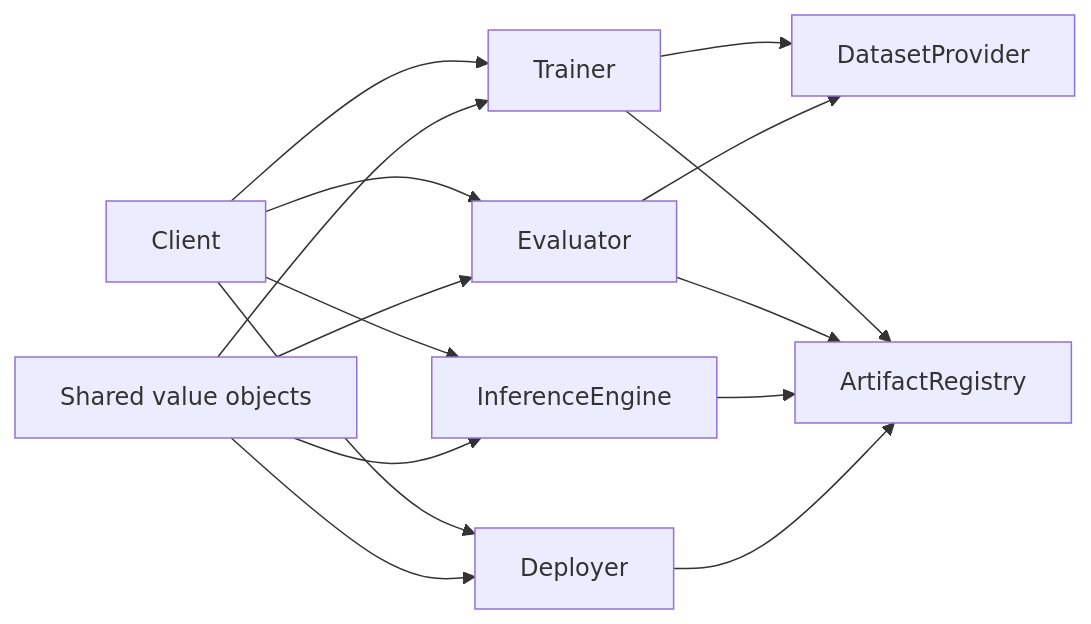
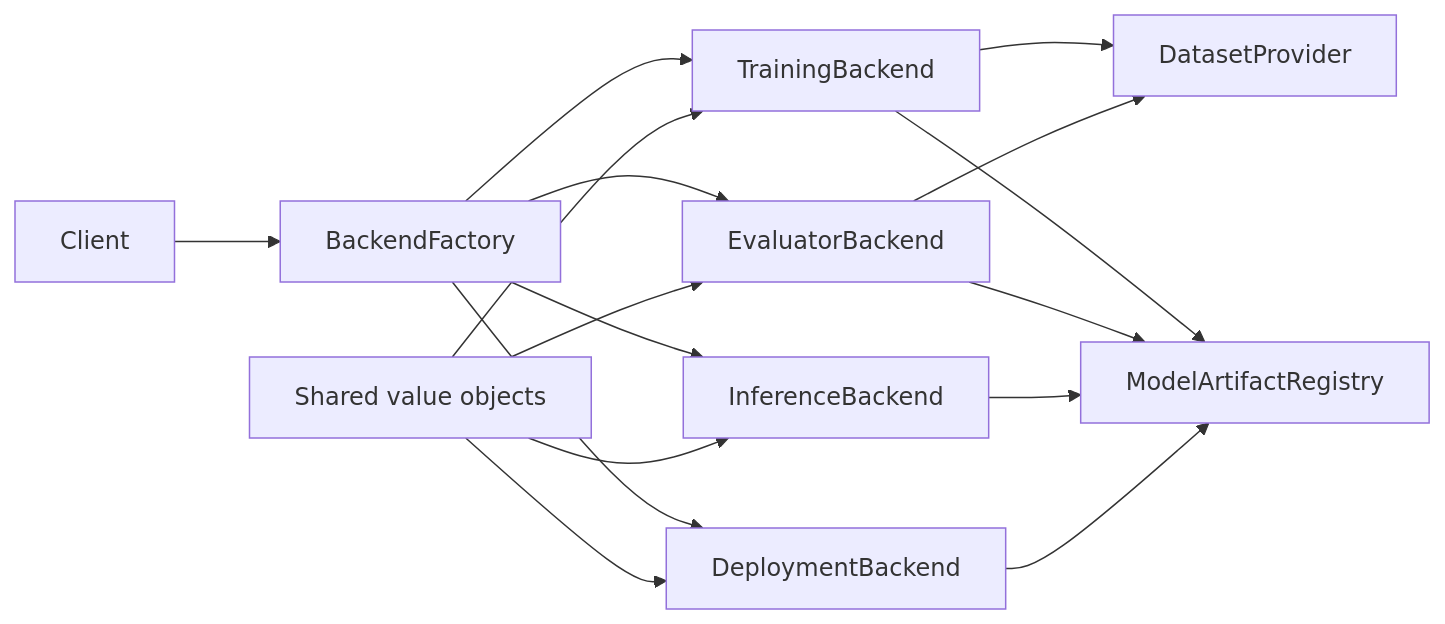
One commit to cognityx/cognityx-core changed the diagram in docs/architecture.md. Above: the diagram before and after it, drawn with Mermaid. The commit also changed 8 other files, not shown here.

````diff
--- a/docs/architecture.md
+++ b/docs/architecture.md
@@ -6,17 +6,18 @@
 ```mermaid
 flowchart LR
-    Client --> Trainer
-    Client --> Evaluator
-    Client --> InferenceEngine
-    Client --> Deployer
-    Trainer --> DatasetProvider
-    Trainer --> ArtifactRegistry
-    Evaluator --> DatasetProvider
-    Evaluator --> ArtifactRegistry
-    InferenceEngine --> ArtifactRegistry
-    Deployer --> ArtifactRegistry
-    Models[Shared value objects] --> Trainer
-    Models --> Evaluator
-    Models --> InferenceEngine
-    Models --> Deployer
+    Client --> BackendFactory
+    BackendFactory --> TrainingBackend
+    BackendFactory --> EvaluatorBackend
+    BackendFactory --> InferenceBackend
+    BackendFactory --> DeploymentBackend
+    TrainingBackend --> DatasetProvider
+    TrainingBackend --> ModelArtifactRegistry
+    EvaluatorBackend --> DatasetProvider
+    EvaluatorBackend --> ModelArtifactRegistry
+    InferenceBackend --> ModelArtifactRegistry
+    DeploymentBackend --> ModelArtifactRegistry
+    Models[Shared value objects] --> TrainingBackend
+    Models --> EvaluatorBackend
+    Models --> InferenceBackend
+    Models --> DeploymentBackend
 ```
````
